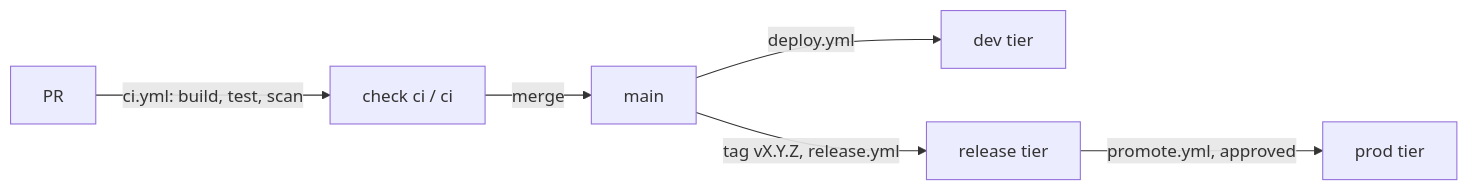
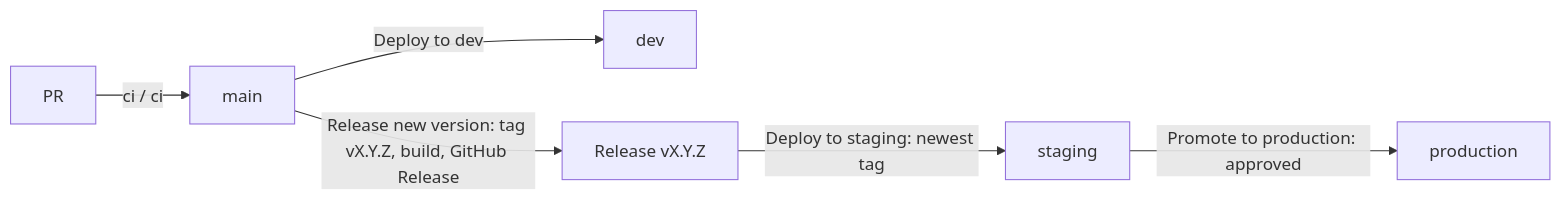
Before and after one commit to TrislabCompany/trislab-website-corporate-site: the diagram in docs/deployment.md, drawn with Mermaid. The commit also changed other lines of this file and 47 other files, not shown here.

````diff
--- a/docs/deployment.md
+++ b/docs/deployment.md
@@ -19,8 +19,8 @@
 ```mermaid
 flowchart LR
-  PR["PR"] -->|"ci.yml: build, test, scan"| CHECK["check ci / ci"]
-  CHECK -->|"merge"| MAIN["main"]
-  MAIN -->|"deploy.yml"| DEV["dev tier"]
-  MAIN -->|"tag vX.Y.Z, release.yml"| REL["release tier"]
-  REL -->|"promote.yml, approved"| PROD["prod tier"]
+  PR["PR"] -->|"ci / ci"| MAIN["main"]
+  MAIN -->|"Deploy to dev"| DEV["dev"]
+  MAIN -->|"Release new version: tag vX.Y.Z, build, GitHub Release"| REL["Release vX.Y.Z"]
+  REL -->|"Deploy to staging: newest tag"| STG["staging"]
+  STG -->|"Promote to production: approved"| PROD["production"]
 ```
````
